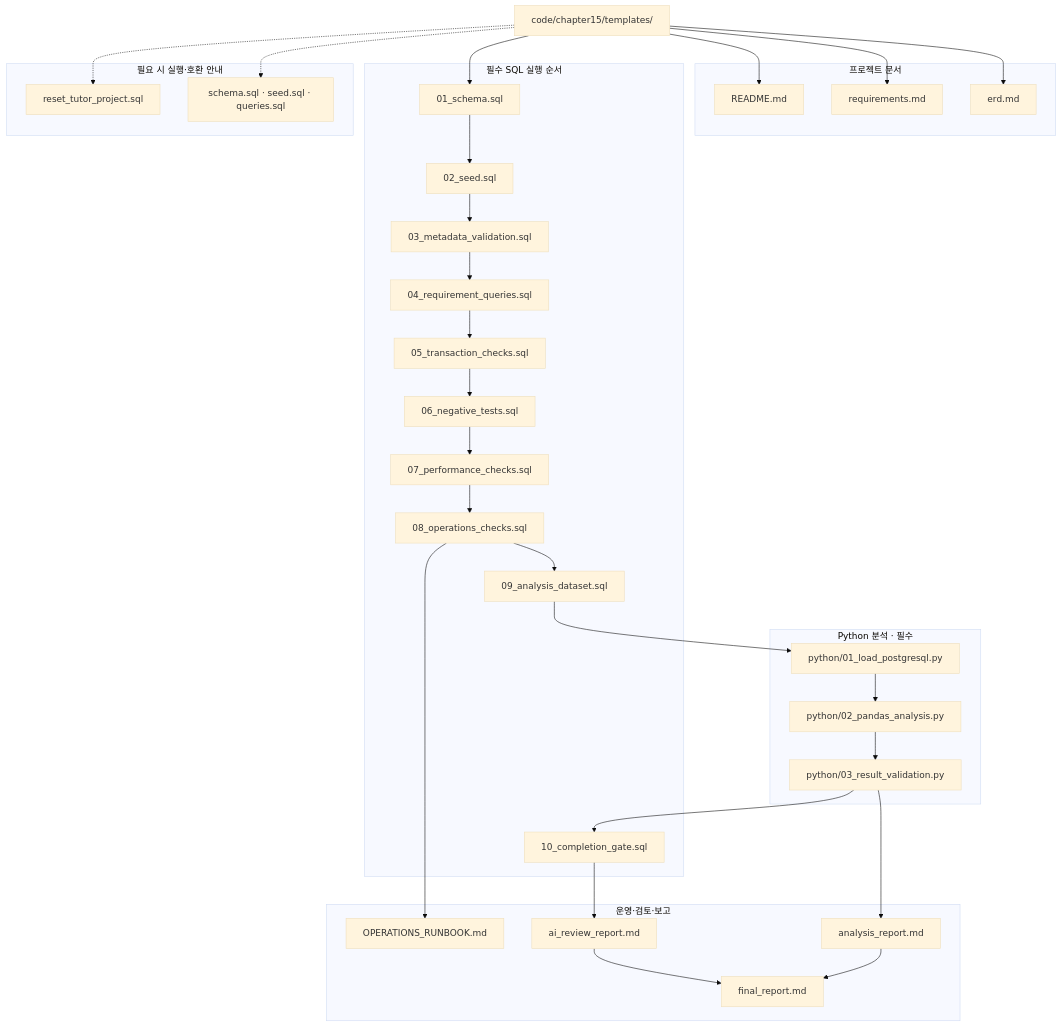
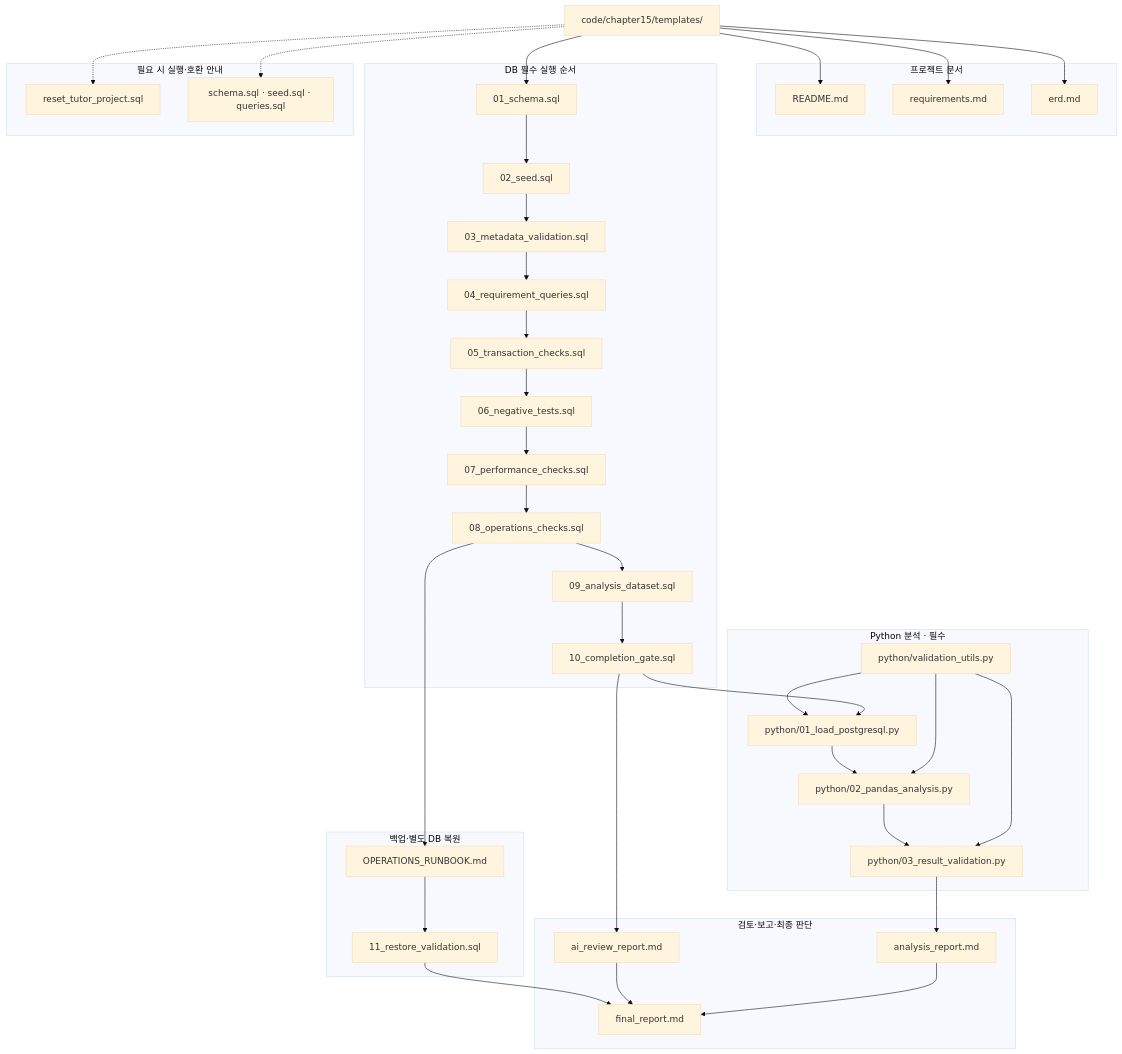
The diagram in images/chapter15/ch15_03_project_structure.mmd (GilbertMoon/ai-database-book), drawn with Mermaid (base theme) before and after one commit.

Commit message:
Update Chapter 15 project structure diagram source

```diff
--- a/images/chapter15/ch15_03_project_structure.mmd
+++ b/images/chapter15/ch15_03_project_structure.mmd
@@ -1,50 +1,57 @@
 flowchart TB
     ROOT["code/chapter15/templates/"]
 
     subgraph DOCS["프로젝트 문서"]
         README["README.md"]
         REQUIREMENTS["requirements.md"]
         ERD["erd.md"]
     end
 
-    subgraph REQUIRED["필수 SQL 실행 순서"]
+    subgraph REQUIRED["DB 필수 실행 순서"]
         S01["01_schema.sql"] --> S02["02_seed.sql"]
         S02 --> S03["03_metadata_validation.sql"]
         S03 --> S04["04_requirement_queries.sql"]
         S04 --> S05["05_transaction_checks.sql"]
         S05 --> S06["06_negative_tests.sql"]
         S06 --> S07["07_performance_checks.sql"]
         S07 --> S08["08_operations_checks.sql"]
         S08 --> S09["09_analysis_dataset.sql"]
-        S10["10_completion_gate.sql"]
+        S09 --> S10["10_completion_gate.sql"]
     end
 
     subgraph PYTHON["Python 분석 · 필수"]
+        PU["python/validation_utils.py"]
         P1["python/01_load_postgresql.py"] --> P2["python/02_pandas_analysis.py"]
         P2 --> P3["python/03_result_validation.py"]
+        PU --> P1
+        PU --> P2
+        PU --> P3
     end
 
-    subgraph REPORTS["운영·검토·보고"]
-        RUNBOOK["OPERATIONS_RUNBOOK.md"]
+    subgraph RESTORE["백업·별도 DB 복원"]
+        RUNBOOK["OPERATIONS_RUNBOOK.md"] --> S11["11_restore_validation.sql"]
+    end
+
+    subgraph REPORTS["검토·보고·최종 판단"]
         AI_REPORT["ai_review_report.md"]
         ANALYSIS_REPORT["analysis_report.md"]
         FINAL_REPORT["final_report.md"]
     end
 
     subgraph SUPPORT["필요 시 실행·호환 안내"]
         RESET["reset_tutor_project.sql"]
         LEGACY["schema.sql · seed.sql · queries.sql"]
     end
 
     ROOT --> README
     ROOT --> REQUIREMENTS
     ROOT --> ERD
     ROOT --> S01
-    S09 --> P1
-    P3 --> S10
+    S10 --> P1
     P3 --> ANALYSIS_REPORT
     S08 --> RUNBOOK
+    S11 --> FINAL_REPORT
     S10 --> AI_REPORT --> FINAL_REPORT
     ANALYSIS_REPORT --> FINAL_REPORT
     ROOT -.-> RESET
     ROOT -.-> LEGACY
```
